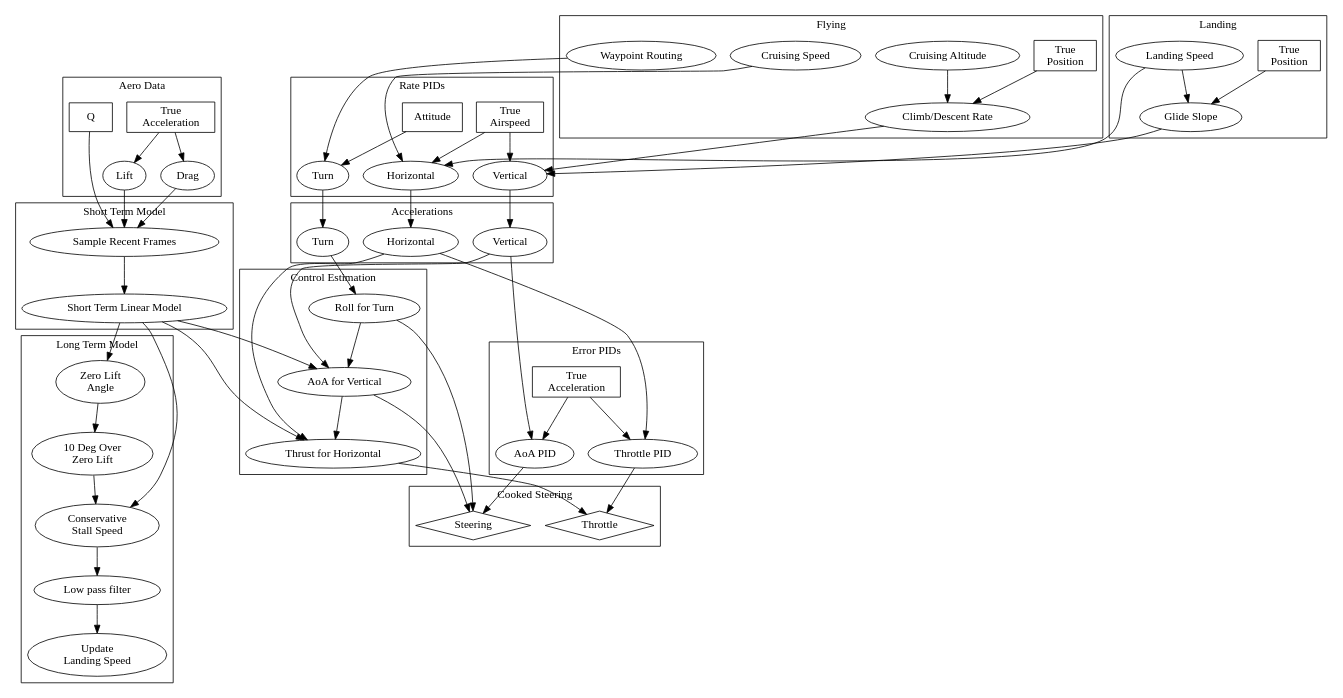
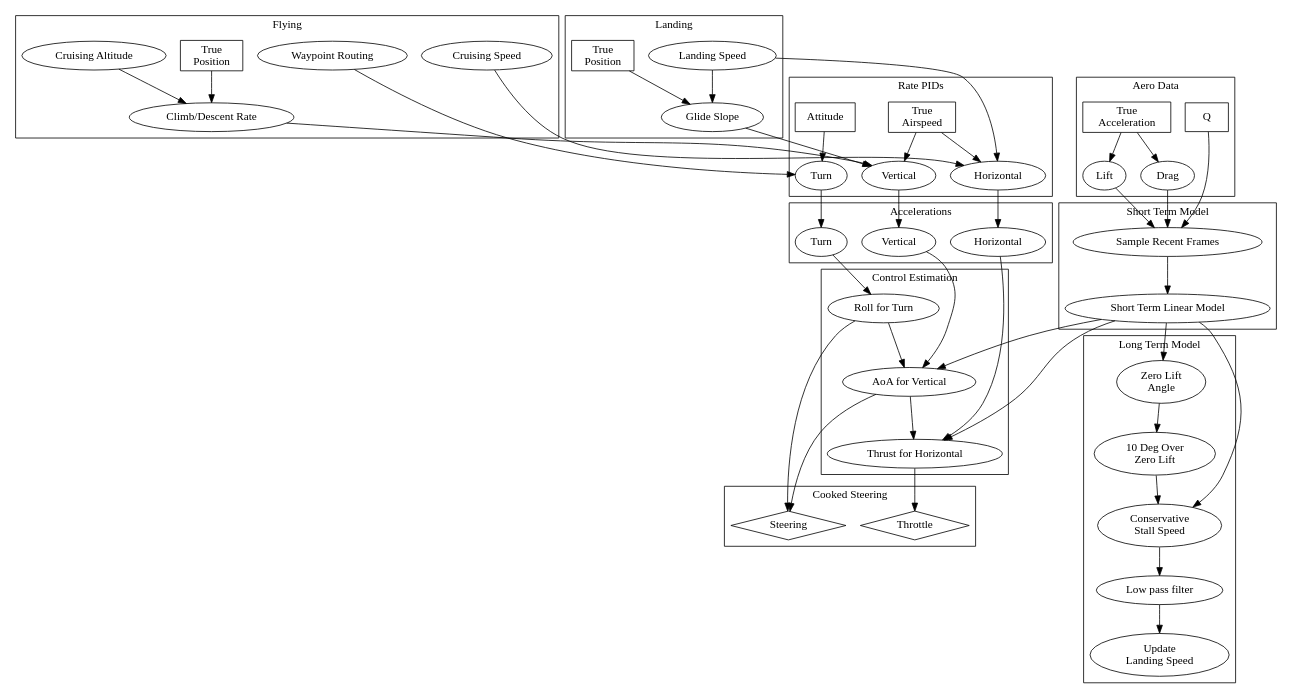
Before and after one commit to aepstein824/Script: the diagram in doc/flightdata.dot, drawn with Graphviz. The commit also changed 11 other files, not shown here.

```diff
--- a/doc/flightdata.dot
+++ b/doc/flightdata.dot
@@ -1,100 +1,93 @@
 digraph {
     subgraph cluster_environment {
         label="Aero Data"
         Q[label="Q", shape="box"]
         accel1[label="True\n Acceleration", shape="box"]
         lift[label="Lift"]
         drag[label="Drag"]
         accel1 -> lift,drag
     }
     subgraph cluster_short {
         label="Short Term Model"
         samples[label="Sample Recent Frames"]
         short[label="Short Term Linear Model"]
         samples -> short
     }
     subgraph cluster_accels {
         label="Accelerations"
         haccel[label="Horizontal"]
         vaccel[label="Vertical"]
         taccel[label="Turn"]
     }
     subgraph cluster_rates {
         label="Rate PIDs"
         att[label="Attitude", shape="box"]
         vel[label="True\n Airspeed", shape="box"]
         hvel[label="Horizontal"]
         vvel[label="Vertical"]
         tvel[label="Turn"]
         vel -> hvel, vvel
     }
     subgraph cluster_stability {
         label="Control Estimation"
         roll[label="Roll for Turn"]
         aoa[label="AoA for Vertical"]
         thrust[label="Thrust for Horizontal"]
         roll -> aoa -> thrust
-    }
-    subgraph cluster_pids {
-        label="Error PIDs"
-        error_accel[label="True\n Acceleration", shape="box"]
-        aoaPID[label="AoA PID"]
-        throtPID[label="Throttle PID"]
-        error_accel -> aoaPID, throtPID
     }
     subgraph cluster_cooked {
         label="Cooked Steering"
         steering[label="Steering", shape="diamond"]
         throttle[label="Throttle", shape="diamond"]
     }
     subgraph cluster_flying {
         label="Flying"
         fly_pos[label="True\n Position", shape="box"]
         fly_speed[label="Cruising Speed"]
         fly_alt[label="Cruising Altitude"]
         fly_climb[label="Climb/Descent Rate"]
         fly_waypoints[label="Waypoint Routing"]
         fly_pos, fly_alt -> fly_climb
     }
     subgraph cluster_landing {
         label="Landing"
         land_pos[label="True\n Position", shape="box"]
         land_speed[label="Landing Speed"]
         land_glideslope[label="Glide Slope"]
         land_pos, land_speed -> land_glideslope
     }
     subgraph cluster_long {
         label="Long Term Model"
         long_zero[label="Zero Lift\nAngle"]
         long_stall[label="10 Deg Over\nZero Lift"]
         long_speed[label="Conservative\nStall Speed"]
         long_lowpass[label="Low pass filter"]
         long_update_landing[label="Update\nLanding Speed"]
         long_zero -> long_stall -> long_speed
         long_speed -> long_lowpass -> long_update_landing
     }
 
     // model
     drag, lift, Q -> samples
     short -> aoa, thrust
     short -> long_zero, long_speed
 
     // control
     taccel -> roll
-    vaccel -> aoa, aoaPID
-    haccel -> thrust, throtPID
-    roll, aoa, aoaPID -> steering
-    thrust, throtPID -> throttle
+    vaccel -> aoa
+    haccel -> thrust
+    roll, aoa -> steering
+    thrust -> throttle
     vvel -> vaccel
     hvel -> haccel
     tvel -> taccel
 
     // goals for flight
     fly_speed -> hvel
     fly_climb -> vvel
     fly_waypoints, att -> tvel
 
     // goals for landing
     land_glideslope -> vvel
     land_speed -> hvel
 }
```
